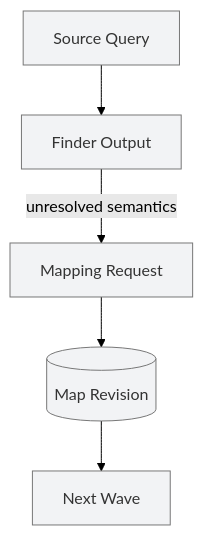
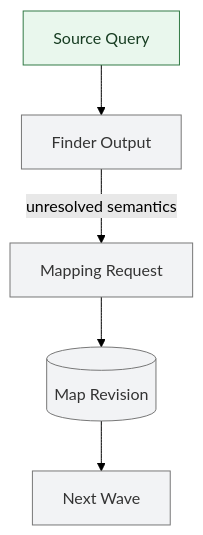
The sixth of 9 diagrams in docs/design/architecture/exploration-agent-architecture.md (momoponwork1415-lgtm/wordpress-harness), drawn with Mermaid (forest theme) before and after one commit. The commit also changed other lines of this file and 18 other files, not shown here.

````diff
--- a/docs/design/architecture/exploration-agent-architecture.md
+++ b/docs/design/architecture/exploration-agent-architecture.md
@@ -217,15 +220,17 @@
 ```mermaid
 flowchart TB
     local["Source Query"]
     output["Finder Output"]
     mapreq["Mapping Request"]
     revision[("Map Revision")]
     wave["Next Wave"]
 
     local --> output
     output -->|unresolved semantics| mapreq
     mapreq --> revision --> wave
 
+    classDef done fill:#e9f7ed,stroke:#337a46,color:#173d22;
     classDef planned fill:#f2f3f5,stroke:#777,color:#333;
-    class local,output,mapreq,revision,wave planned;
+    class local done;
+    class output,mapreq,revision,wave planned;
 ```
````
